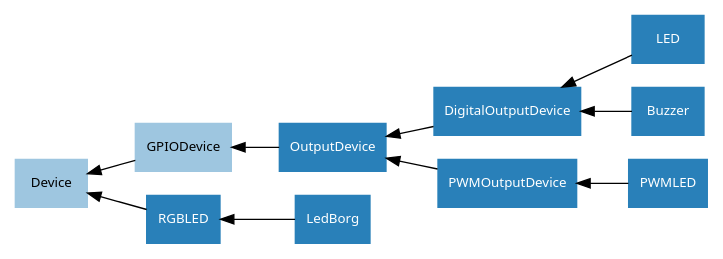
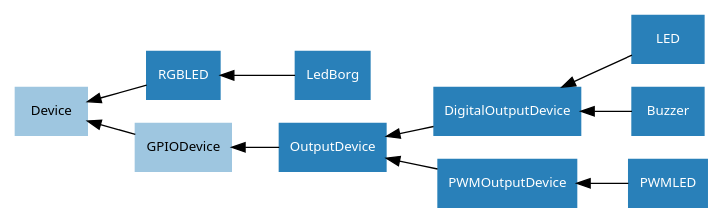
The diagram in docs/images/output_device_hierarchy.dot (gpiozero/gpiozero), drawn with Graphviz before and after one commit. The commit also changed 26 other files, not shown here.

Commit message:
Generate device graphs automatically

```diff
--- a/docs/images/output_device_hierarchy.dot
+++ b/docs/images/output_device_hierarchy.dot
@@ -1,25 +1,29 @@
-/* vim: set et sw=4 sts=4: */
-
 digraph classes {
     graph [rankdir=RL];
     node [shape=rect, style=filled, fontname=Sans, fontsize=10];
     edge [];
 
+    /* Mixin classes */
+    node [color="#c69ee0", fontcolor="#000000"]
+
+    
+
     /* Abstract classes */
     node [color="#9ec6e0", fontcolor="#000000"]
+
+    GPIODevice;
     Device;
-    GPIODevice;
 
     /* Concrete classes */
     node [color="#2980b9", fontcolor="#ffffff"];
 
+    LED->DigitalOutputDevice;
+    PWMOutputDevice->OutputDevice;
+    LedBorg->RGBLED;
+    DigitalOutputDevice->OutputDevice;
+    PWMLED->PWMOutputDevice;
+    OutputDevice->GPIODevice;
+    RGBLED->Device;
+    Buzzer->DigitalOutputDevice;
     GPIODevice->Device;
-    OutputDevice->GPIODevice;
-    DigitalOutputDevice->OutputDevice;
-    LED->DigitalOutputDevice;
-    Buzzer->DigitalOutputDevice;
-    PWMOutputDevice->OutputDevice;
-    PWMLED->PWMOutputDevice;
-    RGBLED->Device;
-    LedBorg->RGBLED;
 }
```
